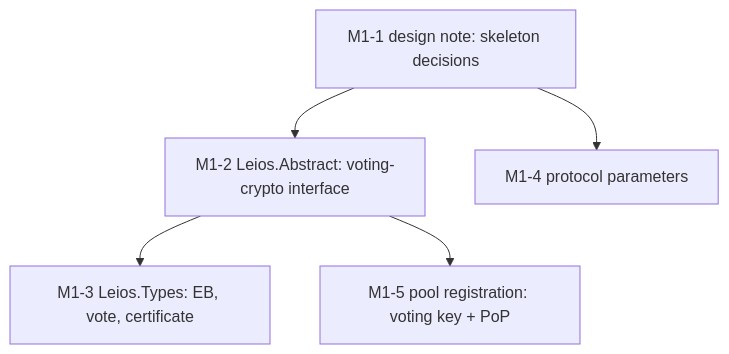
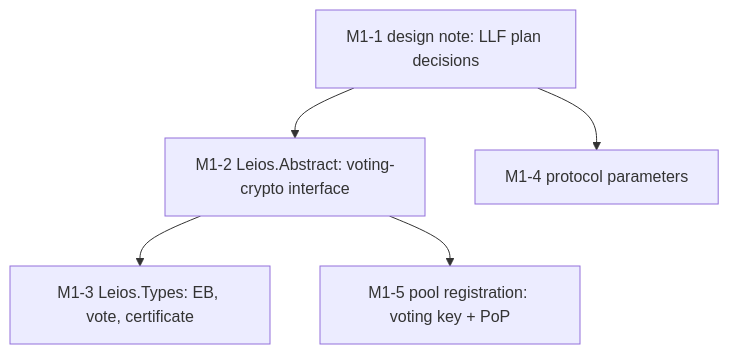
The first of 4 diagrams in docs/GITHUB_PROJECT_6WEEK.md (williamdemeo/formal-ledger-specifications), drawn with Mermaid before and after one commit. The commit also changed other lines of this file and 1 other file, not shown here.

First line of the commit message:
Sweep skeleton wording; adopt per-issue upstream migration

````diff
--- a/docs/GITHUB_PROJECT_6WEEK.md
+++ b/docs/GITHUB_PROJECT_6WEEK.md
@@ -125,10 +126,10 @@
 ```mermaid
 graph TD
-  M1_1["M1-1 design note: skeleton decisions"]
+  M1_1["M1-1 design note: LLF plan decisions"]
   M1_2["M1-2 Leios.Abstract: voting-crypto interface"]
   M1_3["M1-3 Leios.Types: EB, vote, certificate"]
   M1_4["M1-4 protocol parameters"]
   M1_5["M1-5 pool registration: voting key + PoP"]
   M1_1 --> M1_2 & M1_4
   M1_2 --> M1_3 & M1_5
 ```
````
